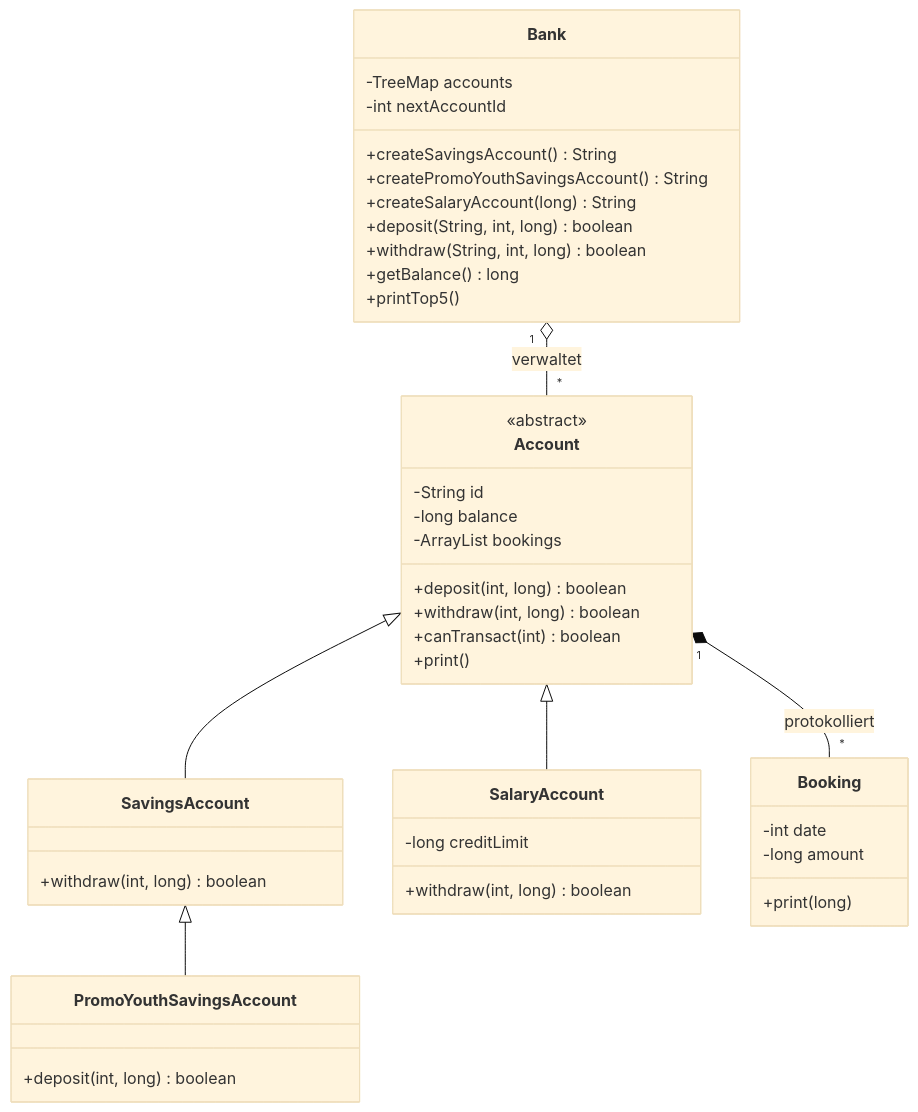
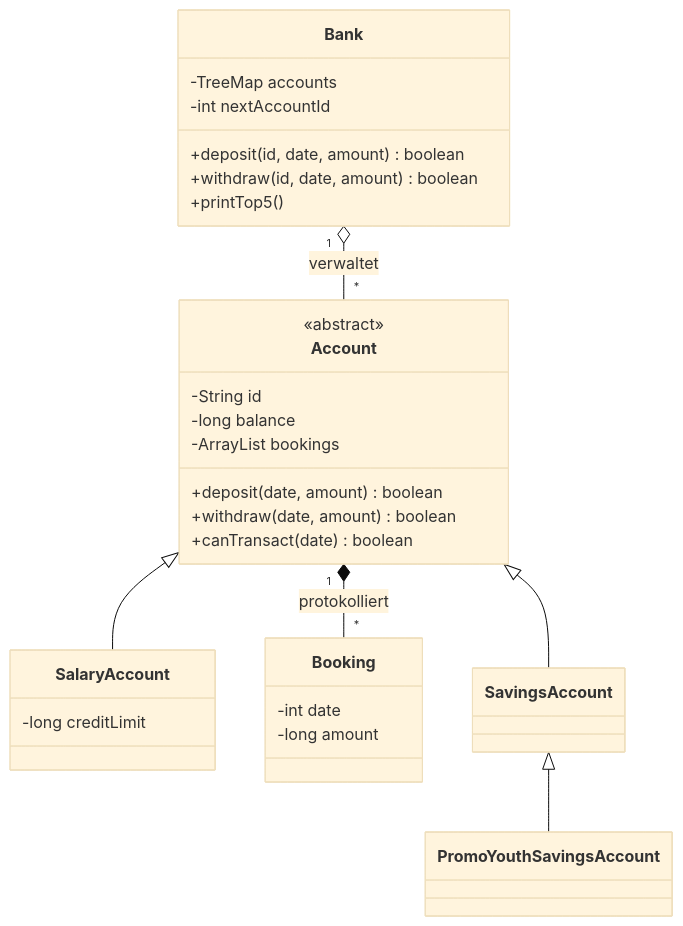
The diagram in 3-Testlevels/unit-testing/aufgabe3-4-bank-simulation/DOKUMENTATION.md (David-Tarlos/Testing-m450), drawn with Mermaid (base theme) before and after one commit. The commit also changed other lines of this file and 1 other file, not shown here.

````diff
--- a/3-Testlevels/unit-testing/aufgabe3-4-bank-simulation/DOKUMENTATION.md
+++ b/3-Testlevels/unit-testing/aufgabe3-4-bank-simulation/DOKUMENTATION.md
@@ -48,44 +50,31 @@
 ```mermaid
 classDiagram
     class Bank {
         -TreeMap accounts
         -int nextAccountId
-        +createSavingsAccount() String
-        +createPromoYouthSavingsAccount() String
-        +createSalaryAccount(long) String
-        +deposit(String, int, long) boolean
-        +withdraw(String, int, long) boolean
-        +getBalance() long
+        +deposit(id, date, amount) boolean
+        +withdraw(id, date, amount) boolean
         +printTop5()
     }
     class Account {
         <<abstract>>
         -String id
         -long balance
         -ArrayList bookings
-        +deposit(int, long) boolean
-        +withdraw(int, long) boolean
-        +canTransact(int) boolean
-        +print()
-    }
-    class SavingsAccount {
-        +withdraw(int, long) boolean
+        +deposit(date, amount) boolean
+        +withdraw(date, amount) boolean
+        +canTransact(date) boolean
     }
     class SalaryAccount {
         -long creditLimit
-        +withdraw(int, long) boolean
-    }
-    class PromoYouthSavingsAccount {
-        +deposit(int, long) boolean
     }
     class Booking {
         -int date
         -long amount
-        +print(long)
     }
     Bank "1" o-- "*" Account : verwaltet
     Account "1" *-- "*" Booking : protokolliert
     Account <|-- SavingsAccount
     Account <|-- SalaryAccount
     SavingsAccount <|-- PromoYouthSavingsAccount
 ```
````
